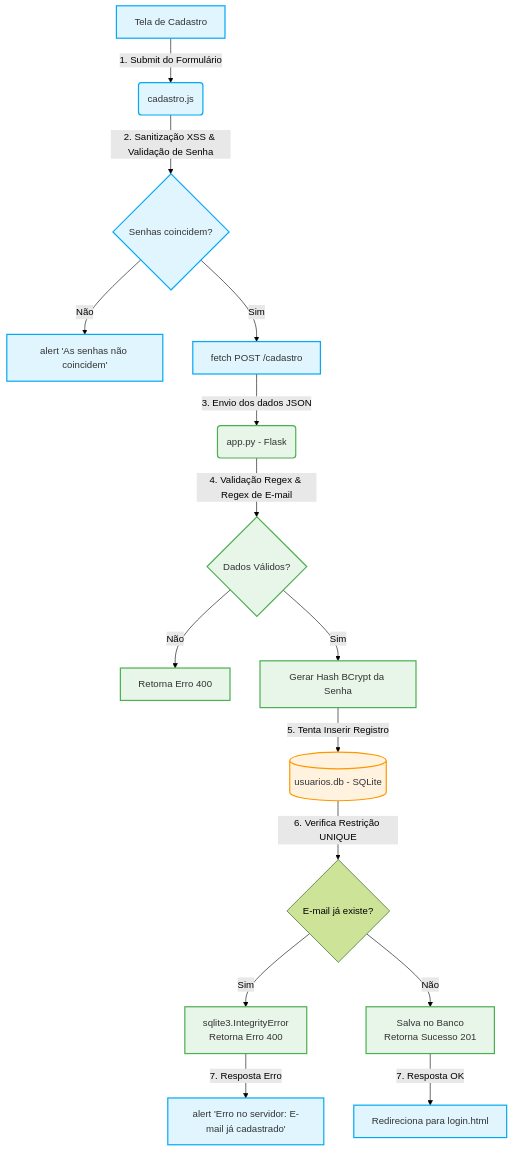
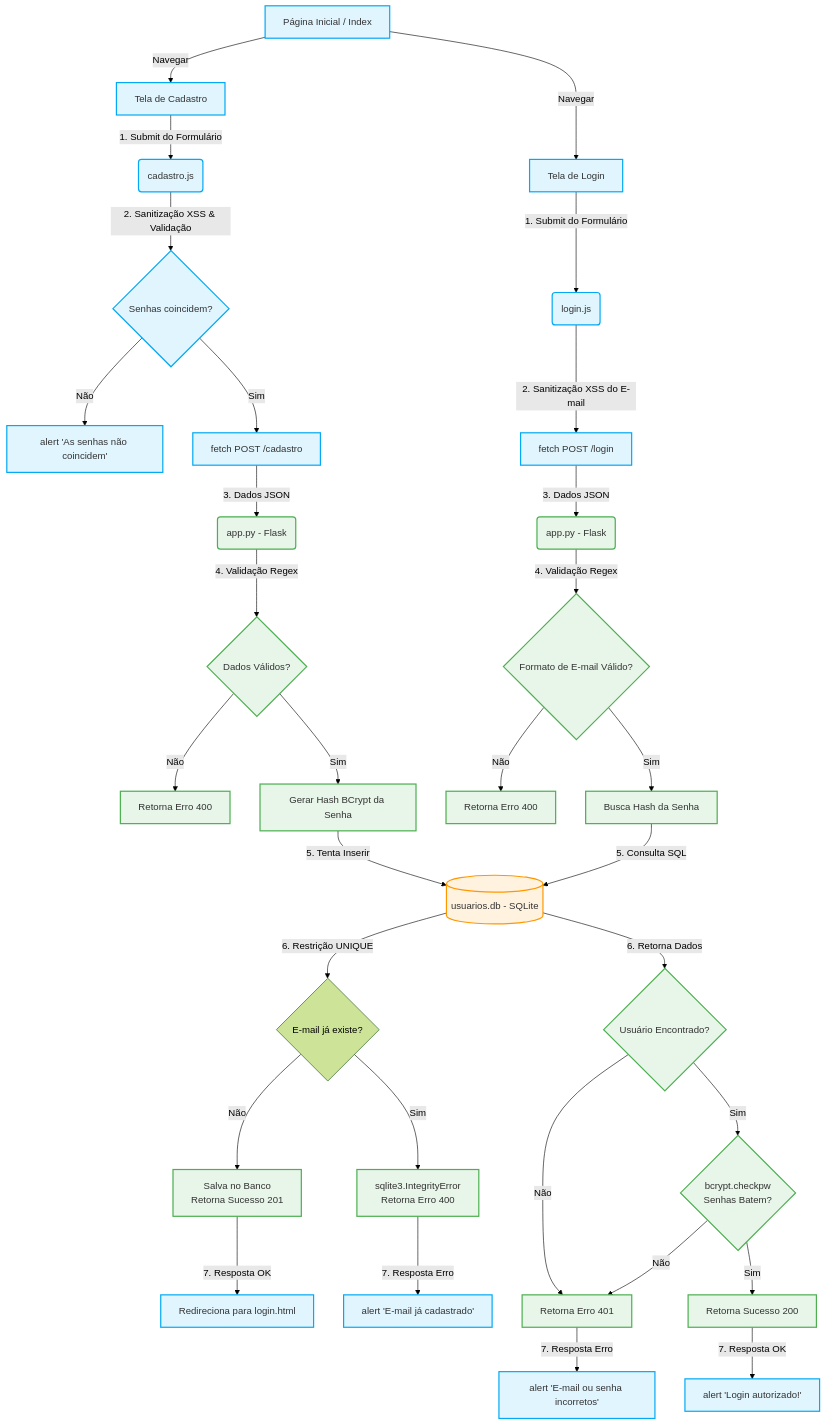
The diagram in README.md (JCSkater/sistema-de-cadastro), drawn with Mermaid (forest theme) before and after one commit. The commit also changed other lines of this file, not shown here.

Commit message:
Atualiza o fluxo do sistema no README para incluir detalhes completos de cadastro e login

````diff
--- a/README.md
+++ b/README.md
@@ -6,34 +6,52 @@
 ```mermaid
 graph TD
     %% Estilo dos Nós
     classDef front fill:#e1f5fe,stroke:#03a9f4,stroke-width:2px,color:#333;
     classDef back fill:#e8f5e9,stroke:#4caf50,stroke-width:2px,color:#333;
     classDef db fill:#fff3e0,stroke:#ff9800,stroke-width:2px,color:#333;
 
-    %% Elementos do Fluxo
-    A[Tela de Cadastro] -->|1. Submit do Formulário| B(cadastro.js)
-    B -->|2. Sanitização XSS & Validação de Senha| C{Senhas coincidem?}
-    
-    C -->|Não| D[alert 'As senhas não coincidem']:::front
-    C -->|Sim| E[fetch POST /cadastro]:::front
+    %% Início
+    Start[Página Inicial / Index] 
+    A[Tela de Cadastro]
+    AA[Tela de Login]
 
-    E -->|3. Envio dos dados JSON| F(app.py - Flask):::back
-    F -->|4. Validação Regex & Regex de E-mail| G{Dados Válidos?}
-    
-    G -->|Não| H[Retorna Erro 400]:::back
-    G -->|Sim| I[Gerar Hash BCrypt da Senha]:::back
-    
-    I -->|5. Tenta Inserir Registro| J[(usuarios.db - SQLite)]:::db
-    J -->|6. Verifica Restrição UNIQUE| K{E-mail já existe?}
-    
-    K -->|Sim| L[sqlite3.IntegrityError <br> Retorna Erro 400]:::back
-    K -->|Não| M[Salva no Banco <br> Retorna Sucesso 201]:::back
+    Start -->|Navegar| A
+    Start -->|Navegar| AA
 
-    M -->|7. Resposta OK| N[Redireciona para login.html]:::front
-    L -->|7. Resposta Erro| O[alert 'Erro no servidor: E-mail já cadastrado']:::front
+    %% --- FLUXO DE CADASTRO ---
+    A -->|1. Submit do Formulário| B(cadastro.js)
+    B -->|2. Sanitização XSS & Validação| C{Senhas coincidem?}
+    C -->|Não| D[alert 'As senhas não coincidem']
+    C -->|Sim| E[fetch POST /cadastro]
+    E -->|3. Dados JSON| F(app.py - Flask)
+    F -->|4. Validação Regex| G{Dados Válidos?}
+    G -->|Não| H[Retorna Erro 400]
+    G -->|Sim| I[Gerar Hash BCrypt da Senha]
+    I -->|5. Tenta Inserir| J[(usuarios.db - SQLite)]
+    J -->|6. Restrição UNIQUE| K{E-mail já existe?}
+    K -->|Sim| L[sqlite3.IntegrityError <br> Retorna Erro 400]
+    K -->|Não| M[Salva no Banco <br> Retorna Sucesso 201]
+    M -->|7. Resposta OK| N[Redireciona para login.html]
+    L -->|7. Resposta Erro| O[alert 'E-mail já cadastrado']
 
-    %% Aplicação de Estilos
-    class A,B,C,D,E,N,O front;
-    class F,G,H,I,L,M back;
+    %% --- FLUXO DE LOGIN ---
+    AA -->|1. Submit do Formulário| BB(login.js)
+    BB -->|2. Sanitização XSS do E-mail| EE[fetch POST /login]
+    EE -->|3. Dados JSON| FF(app.py - Flask)
+    FF -->|4. Validação Regex| GG{Formato de E-mail Válido?}
+    GG -->|Não| HH[Retorna Erro 400]
+    GG -->|Sim| II[Busca Hash da Senha]
+    II -->|5. Consulta SQL| J
+    J -->|6. Retorna Dados| JJ{Usuário Encontrado?}
+    JJ -->|Não| KK[Retorna Erro 401]
+    JJ -->|Sim| LL{bcrypt.checkpw <br> Senhas Batem?}
+    LL -->|Não| KK
+    LL -->|Sim| MM[Retorna Sucesso 200]
+    MM -->|7. Resposta OK| NN[alert 'Login autorizado!']
+    KK -->|7. Resposta Erro| OO[alert 'E-mail ou senha incorretos']
+
+    %% Aplicação de Estilos em Massa
+    class Start,A,B,C,D,E,N,O,AA,BB,EE,NN,OO front;
+    class F,G,H,I,L,M,FF,GG,HH,II,JJ,KK,LL,MM back;
     class J db;
 ```
````
